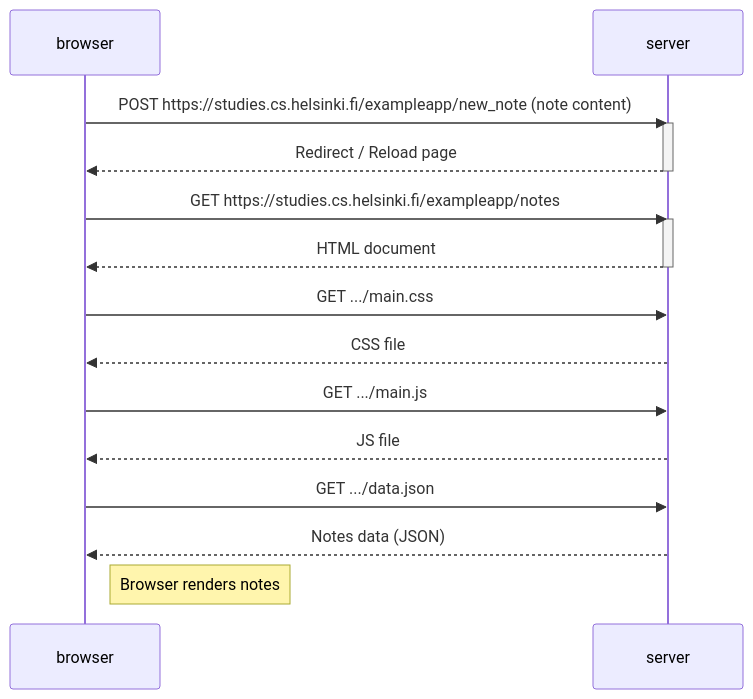
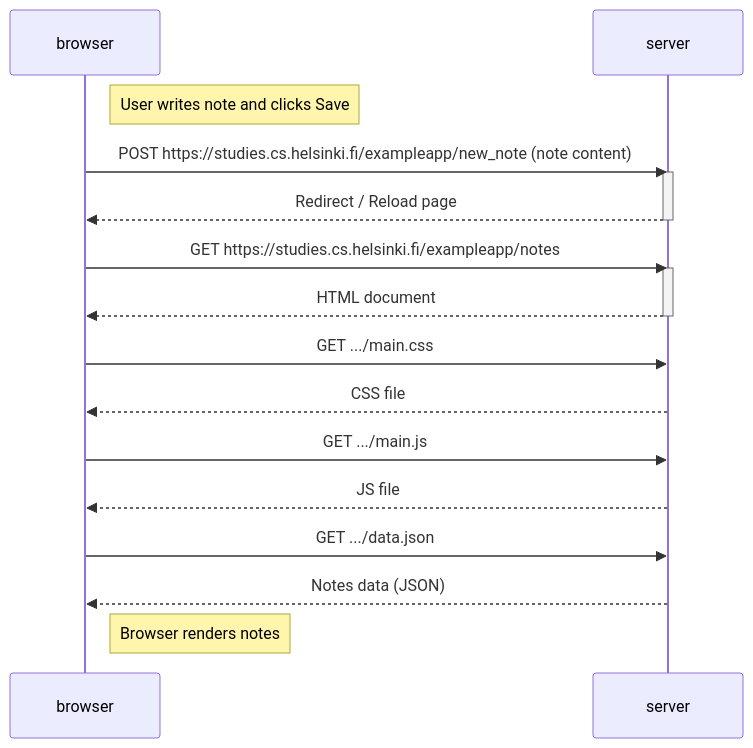
One commit to ez7tuta/exercise-part0 changed the first of 3 diagrams in README.md. Above: the diagram before and after it, drawn with Mermaid. The commit also changed other lines of this file, not shown here.

````diff
--- a/README.md
+++ b/README.md
@@ -5,20 +5,21 @@
 ```mermaid
 sequenceDiagram
     participant browser
     participant server
+    Note right of browser: User writes note and clicks Save
     browser->>server: POST https://studies.cs.helsinki.fi/exampleapp/new_note (note content)
     activate server
     server-->>browser: Redirect / Reload page
     deactivate server
     browser->>server: GET https://studies.cs.helsinki.fi/exampleapp/notes
     activate server
     server-->>browser: HTML document
     deactivate server
     browser->>server: GET .../main.css
     server-->>browser: CSS file
     browser->>server: GET .../main.js
     server-->>browser: JS file
     browser->>server: GET .../data.json
     server-->>browser: Notes data (JSON)
     Note right of browser: Browser renders notes
 ```
````
